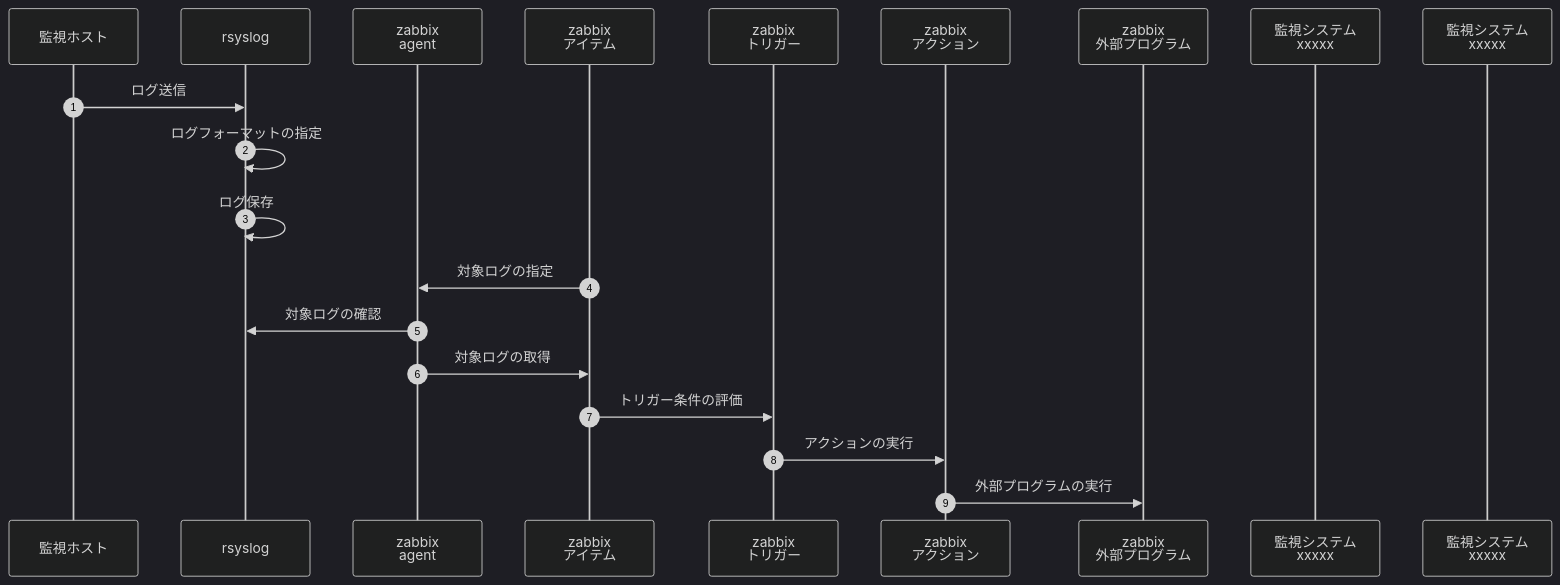
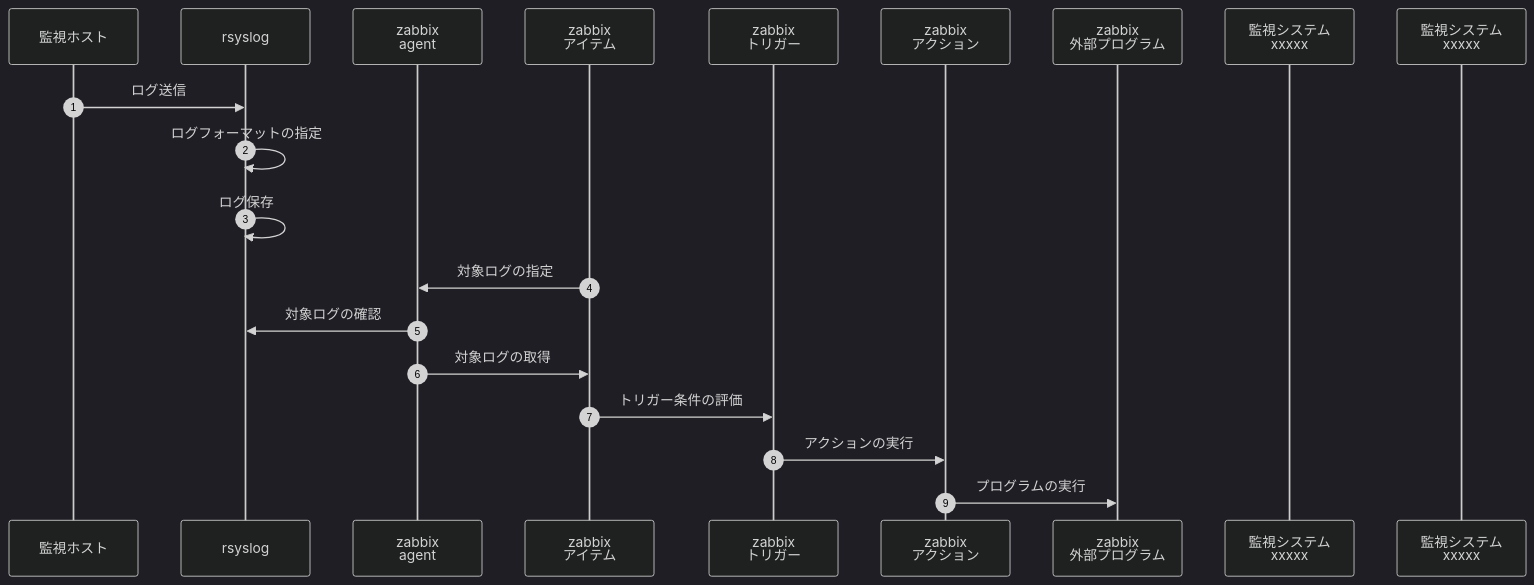
One commit to panda-git-hub/handbook changed the second of 2 diagrams in README.md. Above: the diagram before and after it, drawn with Mermaid (dark theme).

````diff
--- a/README.md
+++ b/README.md
@@ -21,22 +21,22 @@
 ```mermaid
 sequenceDiagram
   autonumber
   participant A as 監視ホスト
   participant B as rsyslog
   participant C as zabbix<br>agent
   participant D as zabbix<br>アイテム
   participant E as zabbix<br>トリガー
   participant F as zabbix<br>アクション
   participant G as zabbix<br>外部プログラム
   participant H as 監視システム<br>xxxxx
   participant I as 監視システム<br>xxxxx
   A->>B: ログ送信
   B->>B: ログフォーマットの指定
   B->>B: ログ保存
   D->>C: 対象ログの指定
   C->>B: 対象ログの確認
   C->>D: 対象ログの取得
   D->>E: トリガー条件の評価
   E->>F: アクションの実行
-  F->>G: 外部プログラムの実行
+  F->>G: プログラムの実行
 ```
````
